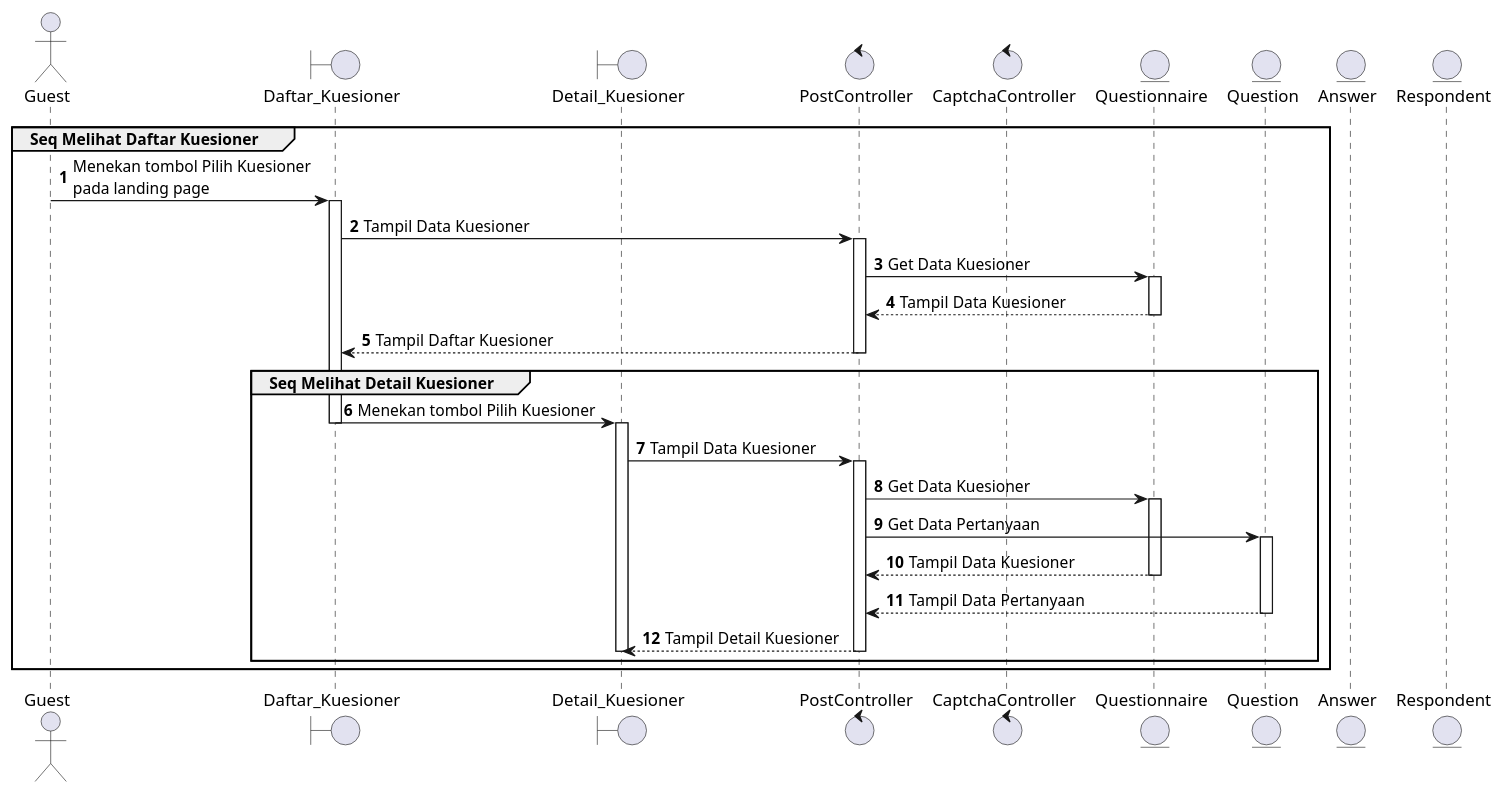
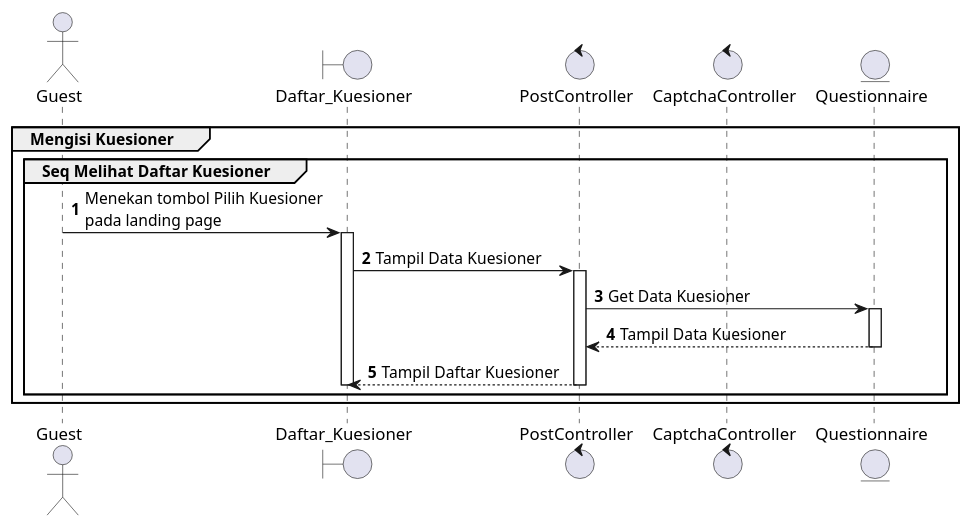
The diagram in documentation/SequenceDiagram/lihatKuesionerGuestSD.puml (Churma16/indeks-kepuasan-masyarakat), drawn with PlantUML before and after one commit. The commit also changed 3 other files, not shown here.

```diff
--- a/documentation/SequenceDiagram/lihatKuesionerGuestSD.puml
+++ b/documentation/SequenceDiagram/lihatKuesionerGuestSD.puml
@@ -1,53 +1,27 @@
 @startuml Interaction Memilih Kuesioner
 autonumber
 
 actor "Guest" as A
 boundary "Daftar_Kuesioner" as daftar
-boundary "Detail_Kuesioner" as detail    
+' boundary "Detail_Kuesioner" as detail    
 control "PostController" as pcontrol
 control "CaptchaController" as ccontrol
 entity "Questionnaire" as q
-entity "Question" as qn
-entity "Answer" as a
-entity "Respondent" as r
+' entity "Question" as qn
 
-group Seq Melihat Daftar Kuesioner
-    A -> daftar: Menekan tombol Pilih Kuesioner \npada landing page
-    activate daftar
-            daftar -> pcontrol: Tampil Data Kuesioner
-            activate pcontrol
-            pcontrol -> q: Get Data Kuesioner
-            activate q
-            q --> pcontrol: Tampil Data Kuesioner
-            deactivate q
-            pcontrol--> daftar: Tampil Daftar Kuesioner
-        deactivate pcontrol
-
-    group Seq Melihat Detail Kuesioner
-        daftar -> detail: Menekan tombol Pilih Kuesioner
+group Mengisi Kuesioner
+    group Seq Melihat Daftar Kuesioner
+        A -> daftar: Menekan tombol Pilih Kuesioner \npada landing page
+        activate daftar
+                daftar -> pcontrol: Tampil Data Kuesioner
+                activate pcontrol
+                pcontrol -> q: Get Data Kuesioner
+                activate q
+                q --> pcontrol: Tampil Data Kuesioner
+                deactivate q
+                pcontrol--> daftar: Tampil Daftar Kuesioner
+            deactivate pcontrol
         deactivate daftar
-        activate detail
-            detail -> pcontrol: Tampil Data Kuesioner
-            activate pcontrol
-            pcontrol -> q: Get Data Kuesioner
-            activate q
-            pcontrol -> qn: Get Data Pertanyaan
-            activate qn
-            q --> pcontrol: Tampil Data Kuesioner
-            deactivate q
-            qn --> pcontrol: Tampil Data Pertanyaan
-            deactivate qn
-            pcontrol--> detail: Tampil Detail Kuesioner
-            deactivate pcontrol
-            deactivate detail
-    
     end
 end
-
-
-
-
-
-
-
 @enduml
```
